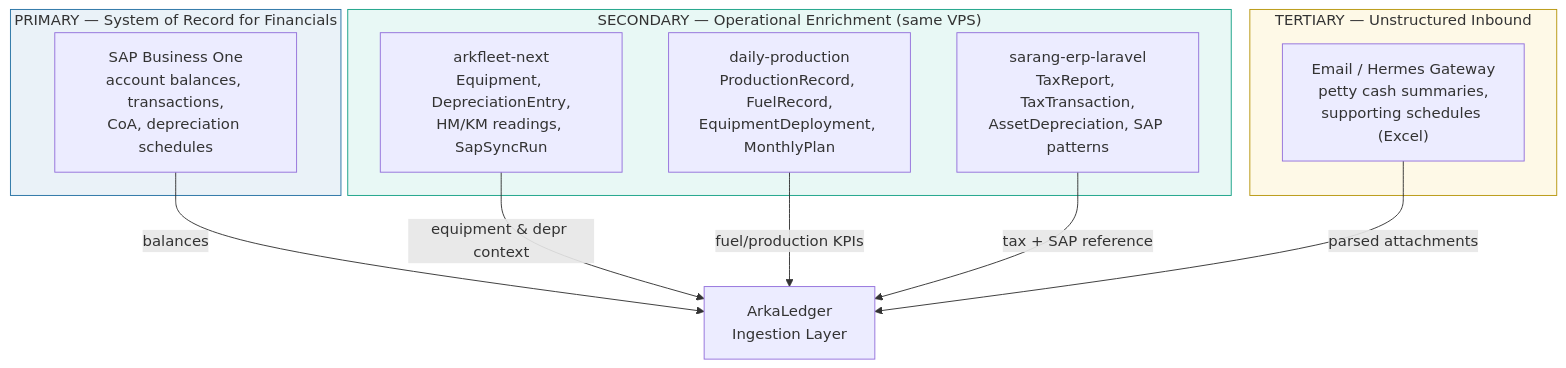
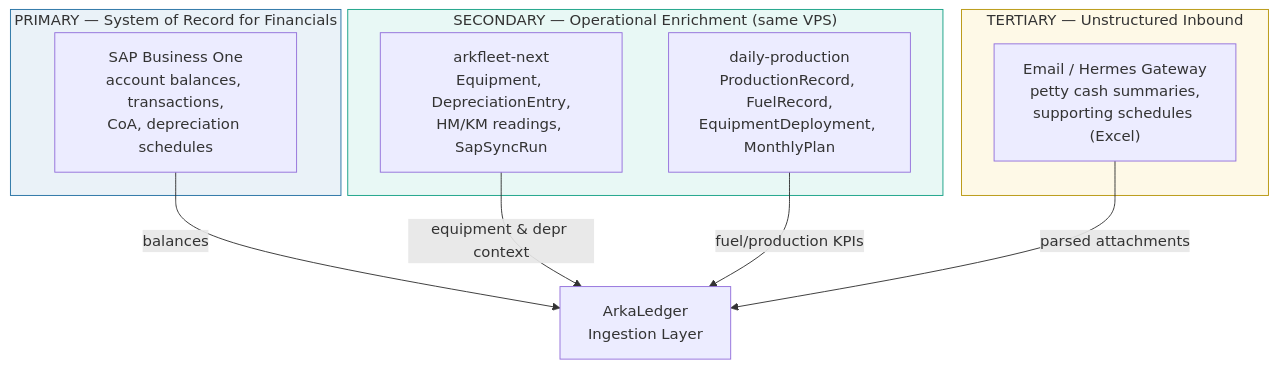
Before and after one commit to rachmanj/inhouse-pnl: the fifth of 19 diagrams in docs/concept.md, drawn with Mermaid. The commit also changed other lines of this file and 8 other files, not shown here.

First line of the commit message:
chore: drop sarang-erp integration — ArkaLedger is standalone

````diff
--- a/docs/concept.md
+++ b/docs/concept.md
@@ -316,26 +312,24 @@
 ```mermaid
 flowchart TB
     subgraph Primary["PRIMARY — System of Record for Financials"]
         SAP["SAP Business One\naccount balances, transactions,\nCoA, depreciation schedules"]
     end
 
     subgraph Secondary["SECONDARY — Operational Enrichment (same VPS)"]
         ARK["arkfleet-next\nEquipment, DepreciationEntry,\nHM/KM readings, SapSyncRun"]
         PROD["daily-production\nProductionRecord, FuelRecord,\nEquipmentDeployment, MonthlyPlan"]
-        ERP["sarang-erp-laravel\nTaxReport, TaxTransaction,\nAssetDepreciation, SAP patterns"]
     end
 
     subgraph Tertiary["TERTIARY — Unstructured Inbound"]
         EMAIL["Email / Hermes Gateway\npetty cash summaries,\nsupporting schedules (Excel)"]
     end
 
     SAP -->|balances| INT["ArkaLedger\nIngestion Layer"]
     ARK -->|equipment & depr context| INT
     PROD -->|fuel/production KPIs| INT
-    ERP -->|tax + SAP reference| INT
     EMAIL -->|parsed attachments| INT
 
     style Primary fill:#eaf2f8,stroke:#2471a3
     style Secondary fill:#e8f8f5,stroke:#16a085
     style Tertiary fill:#fef9e7,stroke:#b7950b
 ```
````
